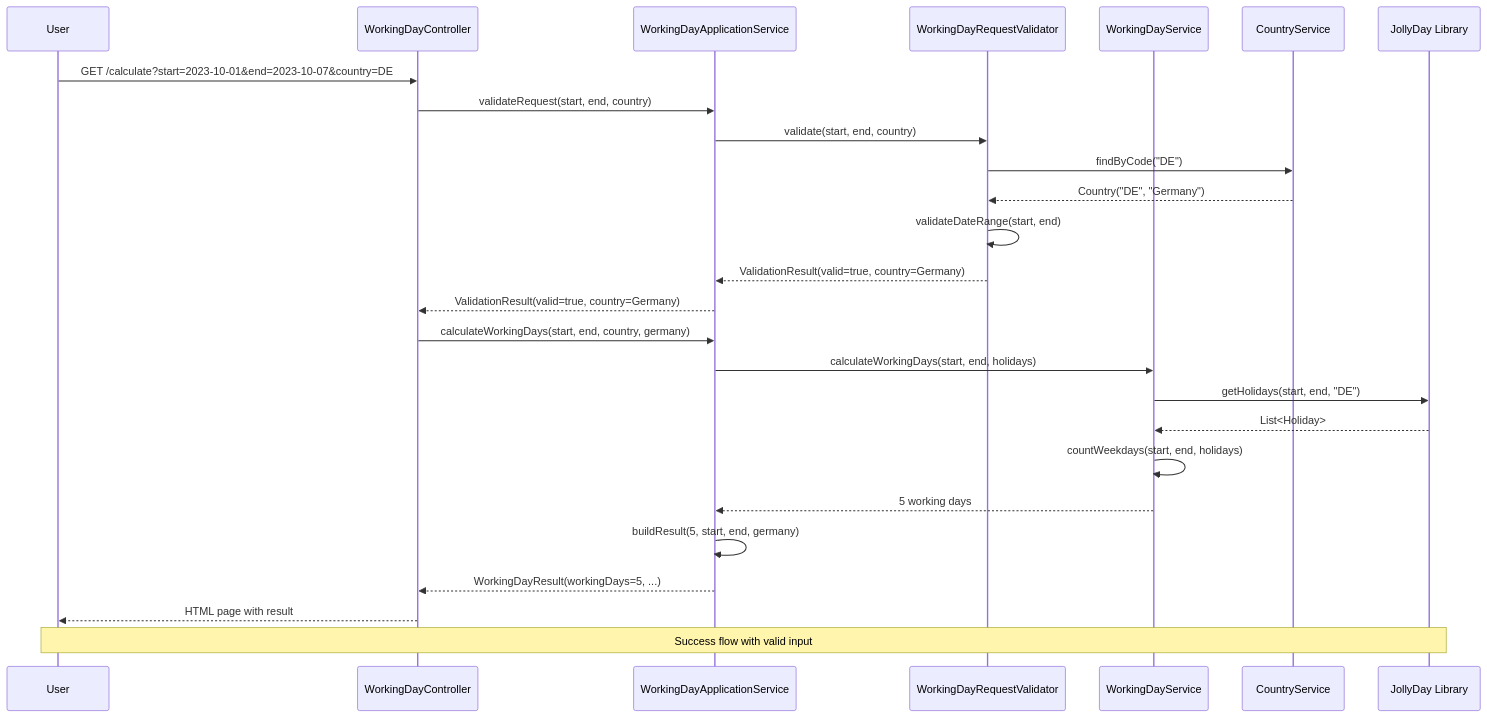
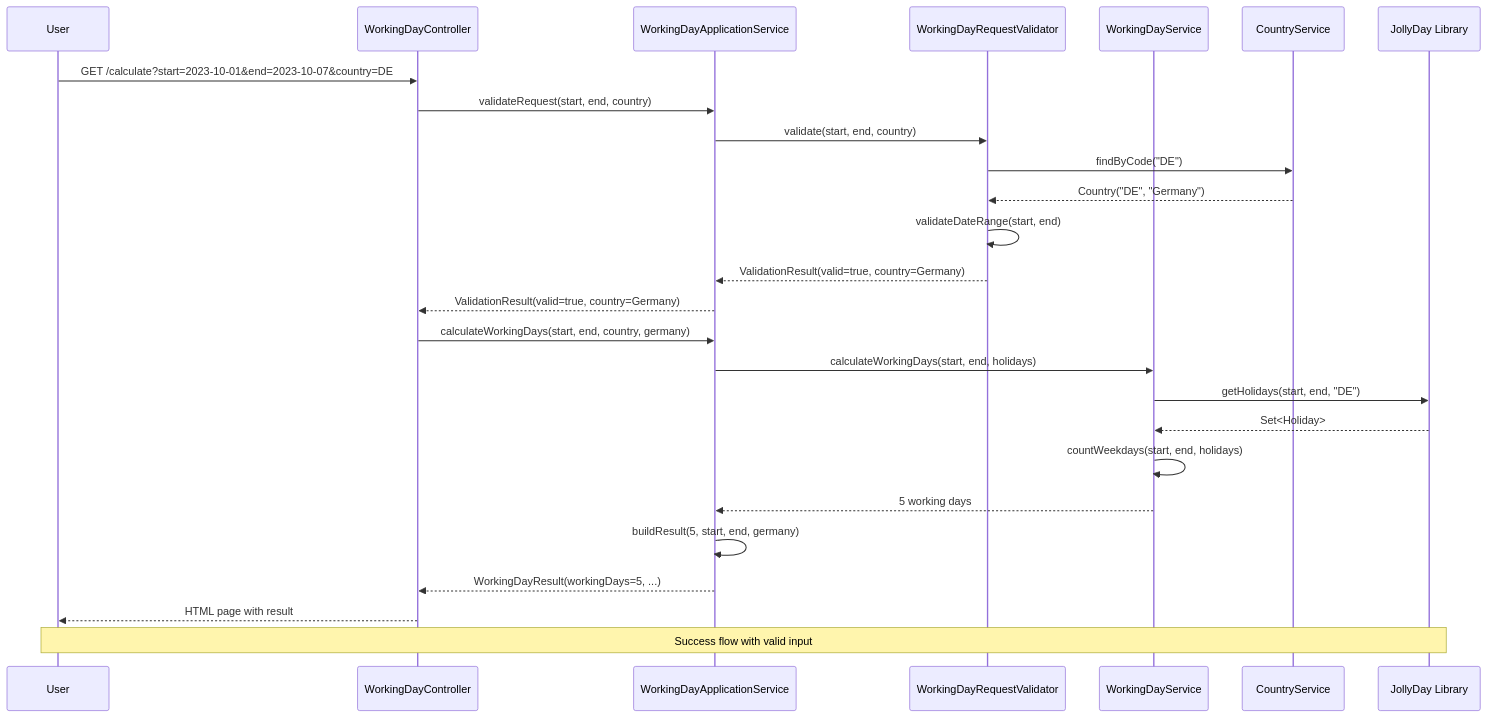
One commit to Helderpm/ai_exec changed the second of 4 diagrams in README.md. Above: the diagram before and after it, drawn with Mermaid. The commit also changed other lines of this file and 16 other files, not shown here.

````diff
--- a/README.md
+++ b/README.md
@@ -144,31 +152,31 @@
 ```mermaid
 sequenceDiagram
     participant User
     participant Controller as WorkingDayController
     participant AppService as WorkingDayApplicationService
     participant Validator as WorkingDayRequestValidator
     participant Calculator as WorkingDayService
     participant CountryAdapter as CountryService
     participant JollyDay as JollyDay Library
     
     User->>Controller: GET /calculate?start=2023-10-01&end=2023-10-07&country=DE
     Controller->>AppService: validateRequest(start, end, country)
     AppService->>Validator: validate(start, end, country)
     Validator->>CountryAdapter: findByCode("DE")
     CountryAdapter-->>Validator: Country("DE", "Germany")
     Validator->>Validator: validateDateRange(start, end)
     Validator-->>AppService: ValidationResult(valid=true, country=Germany)
     AppService-->>Controller: ValidationResult(valid=true, country=Germany)
     
     Controller->>AppService: calculateWorkingDays(start, end, country, germany)
     AppService->>Calculator: calculateWorkingDays(start, end, holidays)
     Calculator->>JollyDay: getHolidays(start, end, "DE")
-    JollyDay-->>Calculator: List<Holiday>
+    JollyDay-->>Calculator: Set<Holiday>
     Calculator->>Calculator: countWeekdays(start, end, holidays)
     Calculator-->>AppService: 5 working days
     AppService->>AppService: buildResult(5, start, end, germany)
     AppService-->>Controller: WorkingDayResult(workingDays=5, ...)
     Controller-->>User: HTML page with result
     
     Note over User, JollyDay: Success flow with valid input
 ```
````
